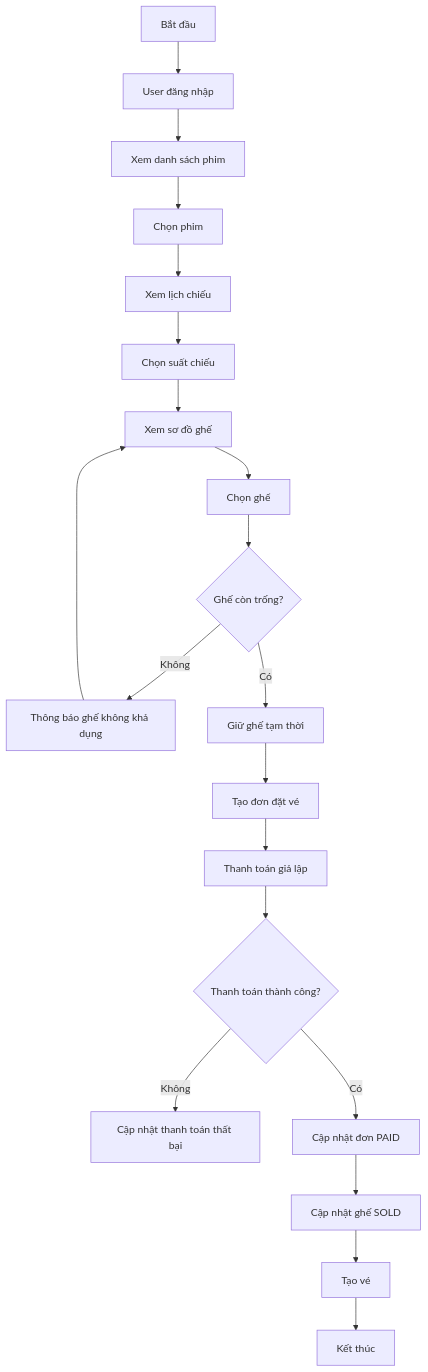
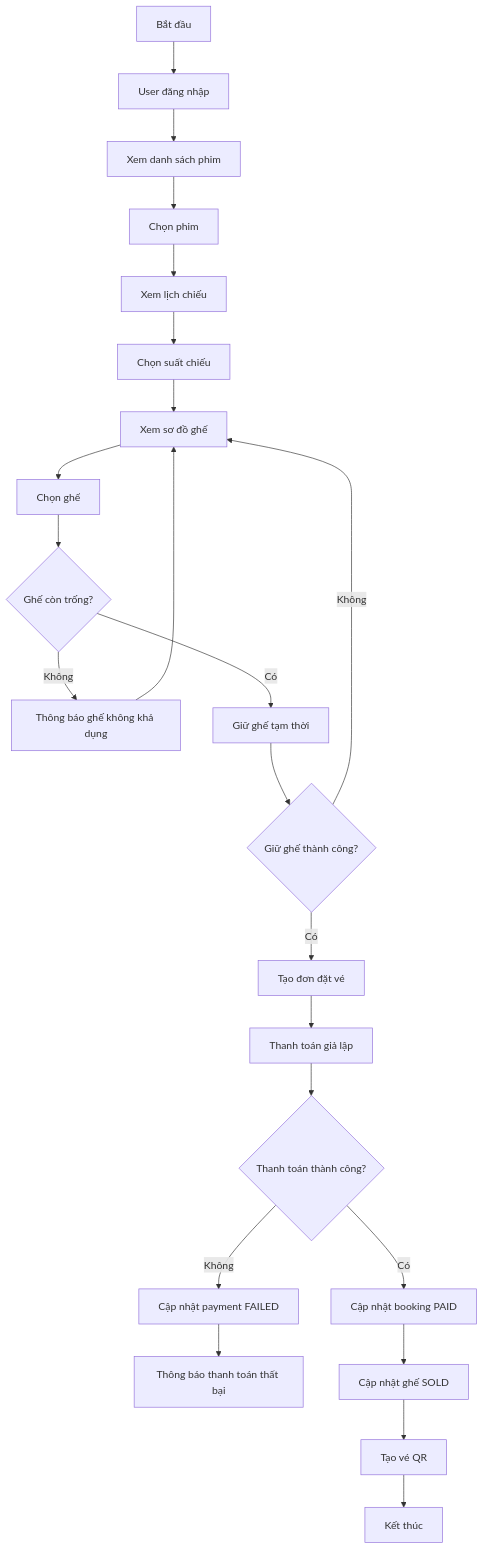
Before and after one commit to Minhhanh-zit/CNPM: the second of 5 diagrams in .github/Tuần 3/[BA,DA-Child] Phân tích nghiệp vụ, đặc tả API, sơ đồ và test case/Ptich.md, drawn with Mermaid. The commit also changed other lines of this file, not shown here.

````diff
--- a/.github/Tuần 3/[BA,DA-Child] Phân tích nghiệp vụ, đặc tả API, sơ đồ và test case/Ptich.md
+++ b/.github/Tuần 3/[BA,DA-Child] Phân tích nghiệp vụ, đặc tả API, sơ đồ và test case/Ptich.md
@@ -328,22 +554,25 @@
 ```mermaid
 flowchart TD
     A[Bắt đầu] --> B[User đăng nhập]
     B --> C[Xem danh sách phim]
     C --> D[Chọn phim]
     D --> E[Xem lịch chiếu]
     E --> F[Chọn suất chiếu]
     F --> G[Xem sơ đồ ghế]
     G --> H[Chọn ghế]
     H --> I{Ghế còn trống?}
     I -- Không --> J[Thông báo ghế không khả dụng]
     J --> G
     I -- Có --> K[Giữ ghế tạm thời]
-    K --> L[Tạo đơn đặt vé]
-    L --> M[Thanh toán giả lập]
-    M --> N{Thanh toán thành công?}
-    N -- Không --> O[Cập nhật thanh toán thất bại]
-    N -- Có --> P[Cập nhật đơn PAID]
-    P --> Q[Cập nhật ghế SOLD]
-    Q --> R[Tạo vé]
-    R --> S[Kết thúc]
+    K --> L{Giữ ghế thành công?}
+    L -- Không --> G
+    L -- Có --> M[Tạo đơn đặt vé]
+    M --> N[Thanh toán giả lập]
+    N --> O{Thanh toán thành công?}
+    O -- Không --> P[Cập nhật payment FAILED]
+    P --> Q[Thông báo thanh toán thất bại]
+    O -- Có --> R[Cập nhật booking PAID]
+    R --> S[Cập nhật ghế SOLD]
+    S --> T[Tạo vé QR]
+    T --> U[Kết thúc]
 ```
````
